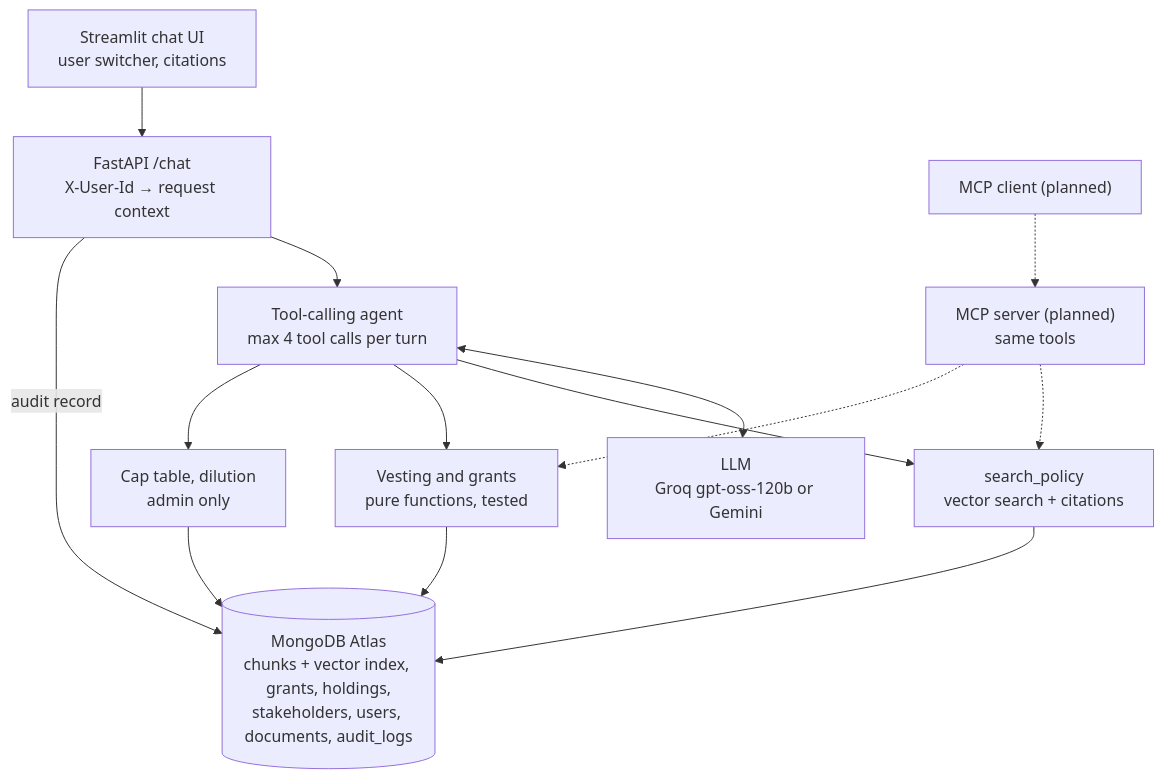
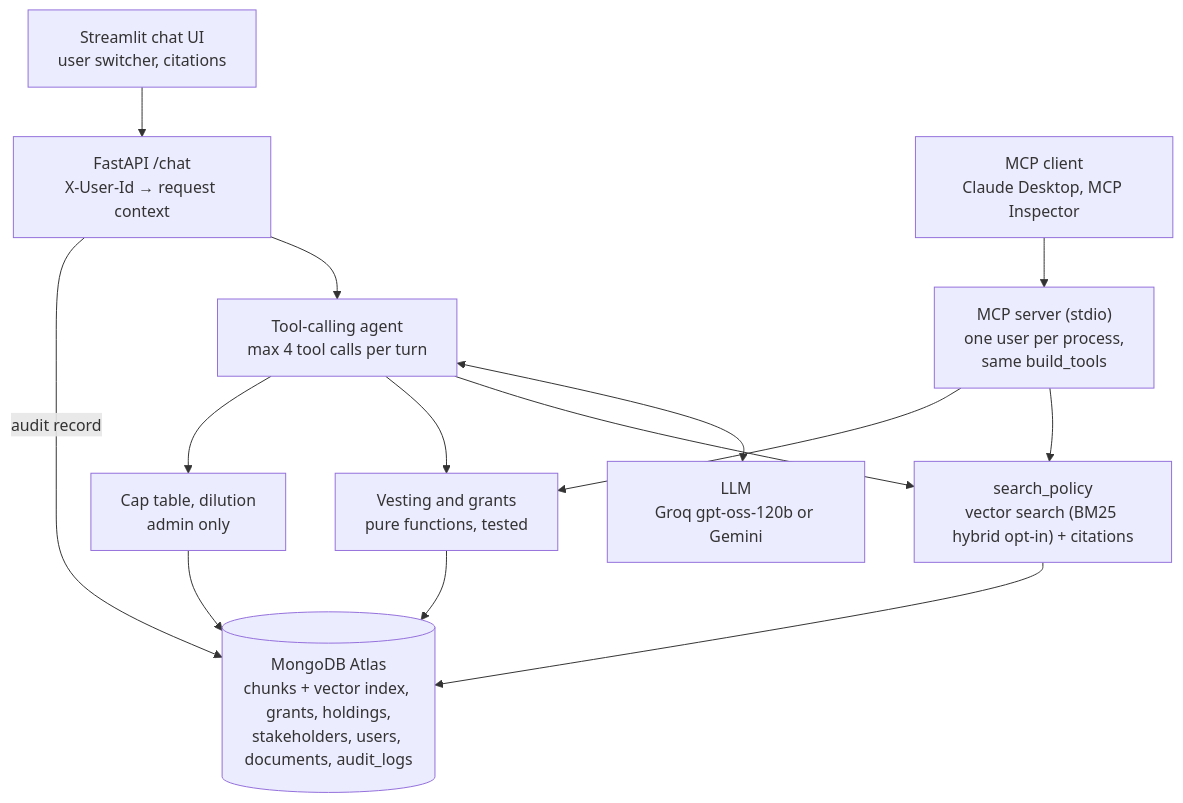
One commit to kautilyasingh07/vestwise changed the diagram in README.md. Above: the diagram before and after it, drawn with Mermaid. The commit also changed other lines of this file and 14 other files, not shown here.

First line of the commit message:
Phase 10: hybrid search (opt-in), follow-up memory, MCP server with audit

````diff
--- a/README.md
+++ b/README.md
@@ -30,16 +30,16 @@
 ```mermaid
 flowchart TD
     UI["Streamlit chat UI<br/>user switcher, citations"] --> API["FastAPI /chat<br/>X-User-Id → request context"]
-    MCPC["MCP client (planned)"] -.-> MCPS["MCP server (planned)<br/>same tools"]
+    MCPC["MCP client<br/>Claude Desktop, MCP Inspector"] --> MCPS["MCP server (stdio)<br/>one user per process,<br/>same build_tools"]
     API --> AG["Tool-calling agent<br/>max 4 tool calls per turn"]
     AG <--> LLM["LLM<br/>Groq gpt-oss-120b or Gemini"]
-    AG --> T1["search_policy<br/>vector search + citations"]
+    AG --> T1["search_policy<br/>vector search (BM25 hybrid opt-in) + citations"]
     AG --> T2["Vesting and grants<br/>pure functions, tested"]
     AG --> T3["Cap table, dilution<br/>admin only"]
-    MCPS -.-> T1
-    MCPS -.-> T2
+    MCPS --> T1
+    MCPS --> T2
     T1 --> DB[("MongoDB Atlas<br/>chunks + vector index, grants, holdings,<br/>stakeholders, users, documents, audit_logs")]
     T2 --> DB
     T3 --> DB
     API -->|audit record| DB
 ```
````
